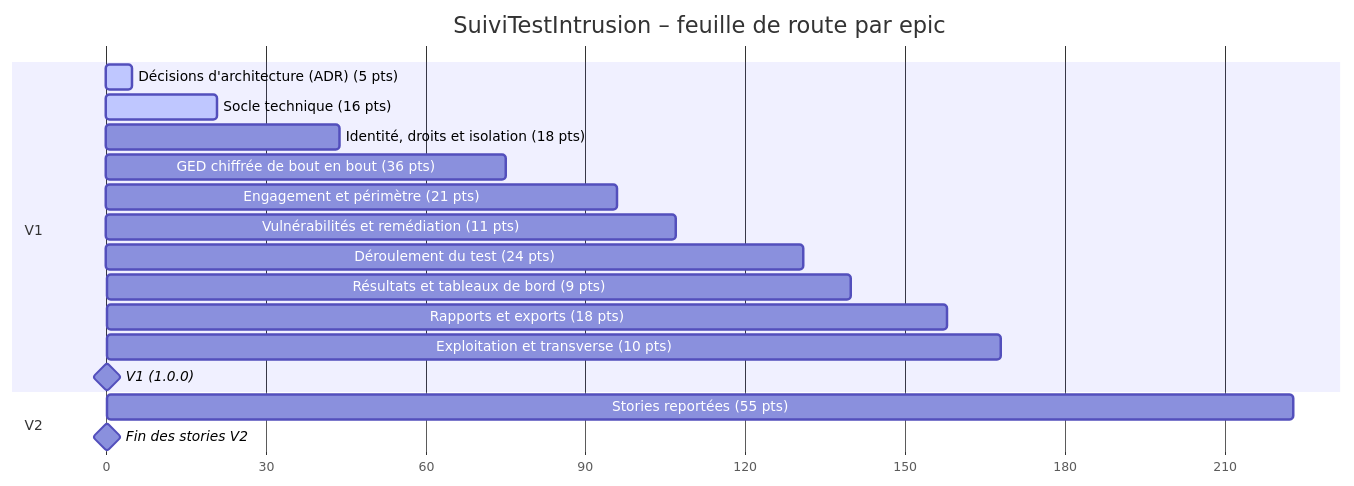
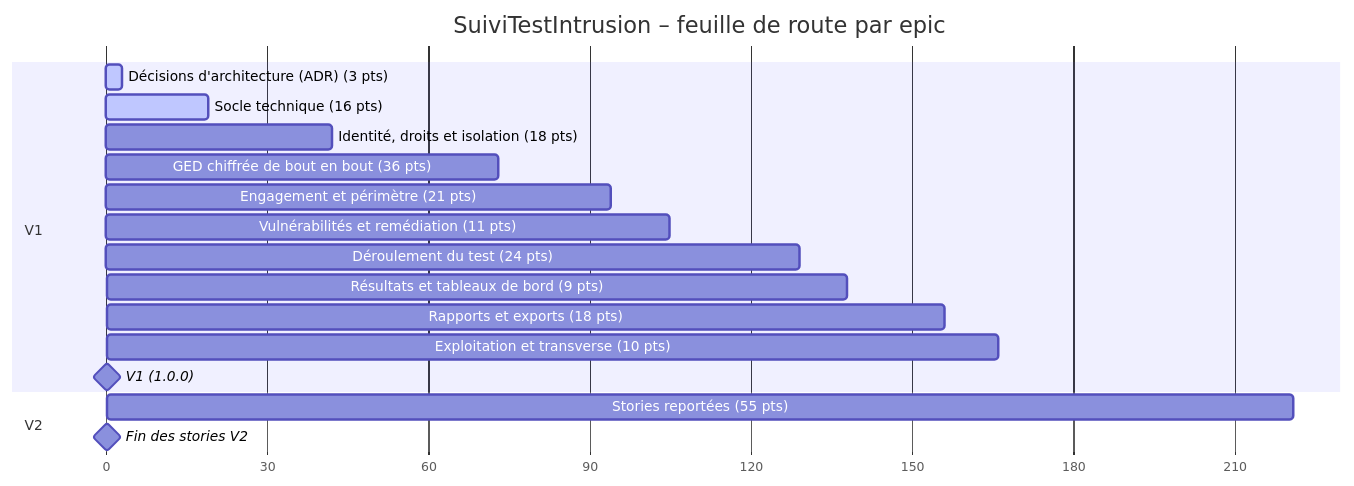
The first of 2 diagrams in docs/20-29 Développement/22 Planification/22.01 Planification du développement.md (ILPlais/SuiviTestIntrusion), drawn with Mermaid before and after one commit. The commit also changed other lines of this file and 5 other files, not shown here.

````diff
--- a/docs/20-29 Développement/22 Planification/22.01 Planification du développement.md
+++ b/docs/20-29 Développement/22 Planification/22.01 Planification du développement.md
@@ -48,21 +48,21 @@
 ```mermaid
 gantt
     title SuiviTestIntrusion – feuille de route par epic
     dateFormat X
     axisFormat %s
     section V1
-    Décisions d'architecture (ADR) (5 pts) :active, ep_decisions, 0, 5
-    Socle technique (16 pts) :active, ep_socle, 5, 21
-    Identité, droits et isolation (18 pts) :ep_identite, 21, 44
-    GED chiffrée de bout en bout (36 pts) :ep_ged_chiffree, 34, 75
-    Engagement et périmètre (21 pts) :ep_engagement, 75, 96
-    Vulnérabilités et remédiation (11 pts) :ep_vulnerabilites, 96, 107
-    Déroulement du test (24 pts) :ep_deroulement, 107, 131
-    Résultats et tableaux de bord (9 pts) :ep_resultats, 131, 140
-    Rapports et exports (18 pts) :ep_exports, 140, 158
-    Exploitation et transverse (10 pts) :ep_exploitation, 158, 168
-    V1 (1.0.0) :milestone, v1, 168, 0d
+    Décisions d'architecture (ADR) (3 pts) :active, ep_decisions, 0, 3
+    Socle technique (16 pts) :active, ep_socle, 3, 19
+    Identité, droits et isolation (18 pts) :ep_identite, 19, 42
+    GED chiffrée de bout en bout (36 pts) :ep_ged_chiffree, 32, 73
+    Engagement et périmètre (21 pts) :ep_engagement, 73, 94
+    Vulnérabilités et remédiation (11 pts) :ep_vulnerabilites, 94, 105
+    Déroulement du test (24 pts) :ep_deroulement, 105, 129
+    Résultats et tableaux de bord (9 pts) :ep_resultats, 129, 138
+    Rapports et exports (18 pts) :ep_exports, 138, 156
+    Exploitation et transverse (10 pts) :ep_exploitation, 156, 166
+    V1 (1.0.0) :milestone, v1, 166, 0d
     section V2
-    Stories reportées (55 pts) :ep_v2, 168, 223
-    Fin des stories V2 :milestone, v2, 223, 0d
+    Stories reportées (55 pts) :ep_v2, 166, 221
+    Fin des stories V2 :milestone, v2, 221, 0d
 ```
````
